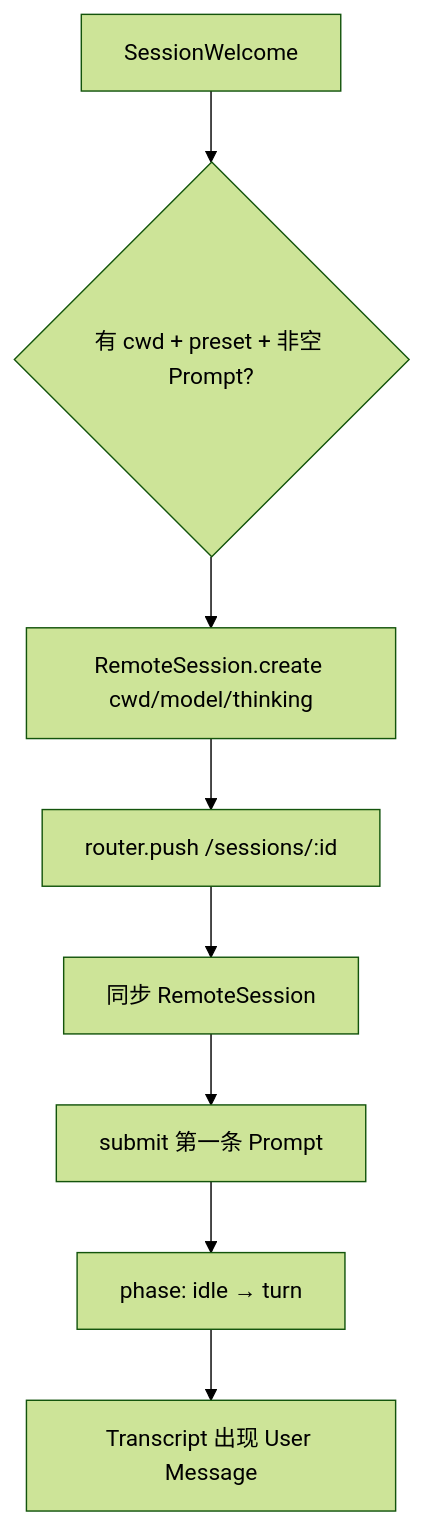
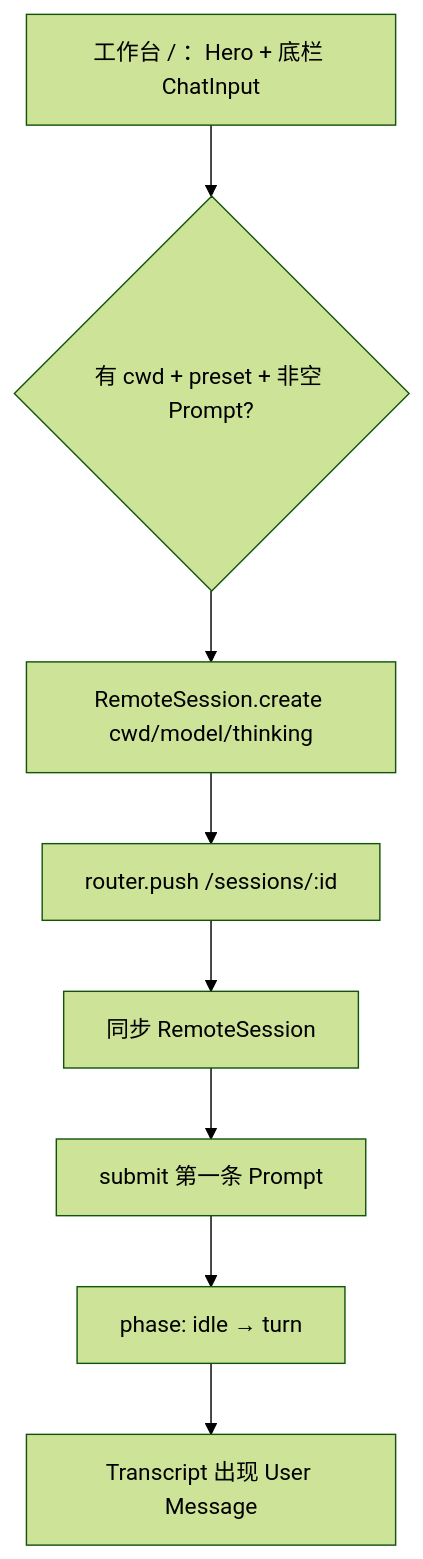
Before and after one commit to minuque/pig: the fourth of 8 diagrams in JOURNEYS.md, drawn with Mermaid (forest theme). The commit also changed other lines of this file and 9 other files, not shown here.

````diff
--- a/JOURNEYS.md
+++ b/JOURNEYS.md
@@ -64,10 +64,10 @@
 ```mermaid
 flowchart TB
-  Welcome["SessionWelcome"] --> Guard{"有 cwd + preset + 非空 Prompt?"}
+  Idle["工作台 / ：Hero + 底栏 ChatInput"] --> Guard{"有 cwd + preset + 非空 Prompt?"}
   Guard --> Create["RemoteSession.create cwd/model/thinking"]
   Create --> Route["router.push /sessions/:id"]
   Route --> Open["同步 RemoteSession"]
   Open --> Prompt["submit 第一条 Prompt"]
   Prompt --> Turn["phase: idle → turn"]
   Turn --> TL["Transcript 出现 User Message"]
 ```
````
